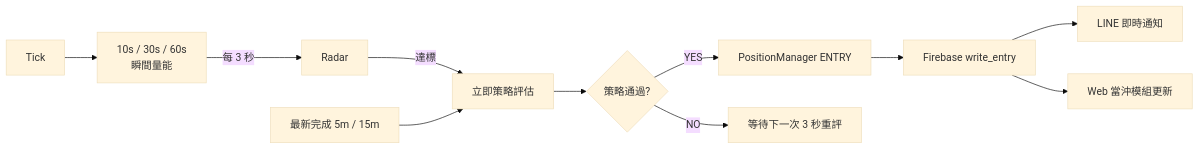
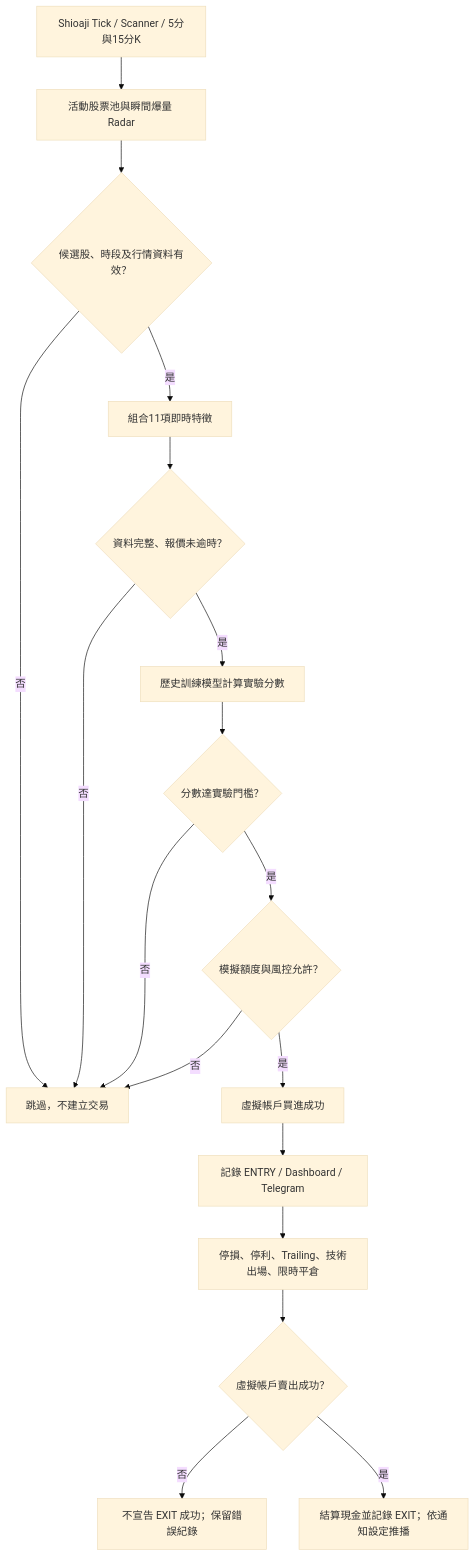
The diagram in README.md (jimmyeyes03160729/easystock), drawn with Mermaid (base theme) before and after one commit. The commit also changed other lines of this file, not shown here.

Commit message:
docs: explain AI daytrade paper entry model and safety boundaries

````diff
--- a/README.md
+++ b/README.md
@@ -134,13 +12,20 @@
 ```mermaid
-flowchart LR
-    T[Tick] --> V[10s / 30s / 60s<br/>瞬間量能]
-    V -->|每 3 秒| R[Radar]
-    R -->|達標| E[立即策略評估]
-    K[最新完成 5m / 15m] --> E
-    E --> S{策略通過?}
-    S -->|YES| P[PositionManager ENTRY]
-    S -->|NO| W[等待下一次 3 秒重評]
-    P --> F[Firebase write_entry]
-    F --> L[LINE 即時通知]
-    F --> WEB[Web 當沖模組更新]
+flowchart TD
+    A[Shioaji Tick / Scanner / 5分與15分K] --> B[活動股票池與瞬間爆量 Radar]
+    B --> C{候選股、時段及行情資料有效？}
+    C -->|否| X[跳過，不建立交易]
+    C -->|是| D[組合11項即時特徵]
+    D --> E{資料完整、報價未逾時？}
+    E -->|否| X
+    E -->|是| F[歷史訓練模型計算實驗分數]
+    F --> G{分數達實驗門檻？}
+    G -->|否| X
+    G -->|是| H{模擬額度與風控允許？}
+    H -->|否| X
+    H -->|是| I[虛擬帳戶買進成功]
+    I --> J[記錄 ENTRY / Dashboard / Telegram]
+    J --> K[停損、停利、Trailing、技術出場、限時平倉]
+    K --> L{虛擬帳戶賣出成功？}
+    L -->|否| M[不宣告 EXIT 成功；保留錯誤紀錄]
+    L -->|是| N[結算現金並記錄 EXIT；依通知設定推播]
 ```
````
